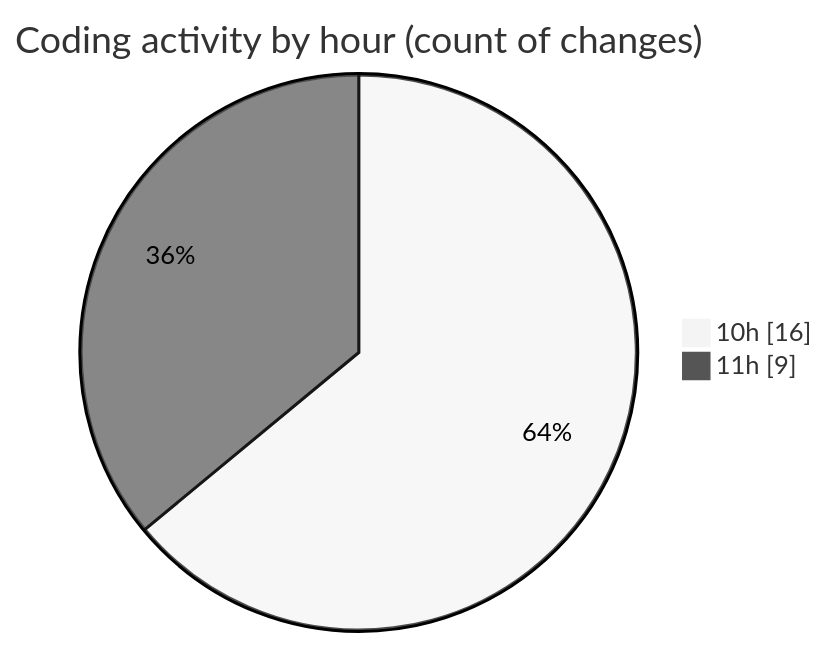
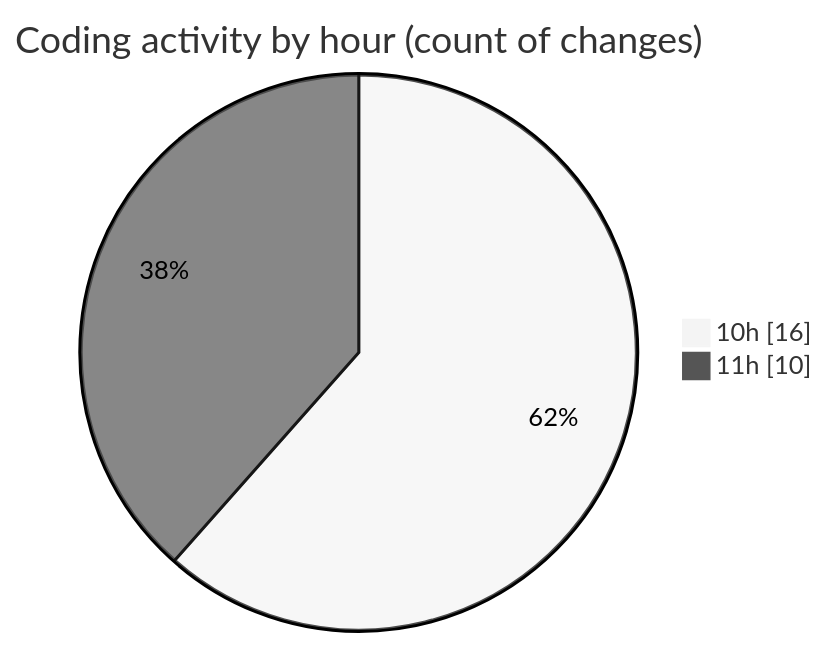
Before and after one commit to momahboobian/code-tracking: the second of 2 diagrams in 2026-05-06/cda/README.md, drawn with Mermaid (neutral theme). The commit also changed other lines of this file and 1 other file, not shown here.

````diff
--- a/2026-05-06/cda/README.md
+++ b/2026-05-06/cda/README.md
@@ -46,6 +46,6 @@
 ```mermaid
 pie showData
 title Coding activity by hour (count of changes)
 "10h" : 16
-"11h" : 9
+"11h" : 10
 ```
````
